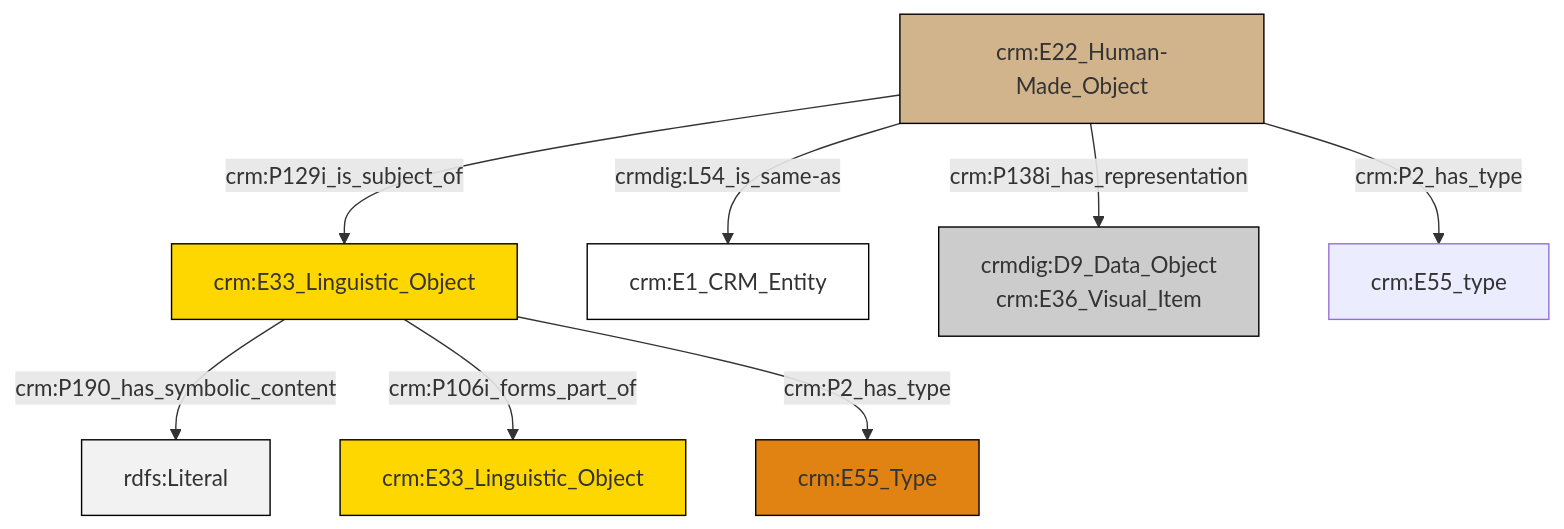
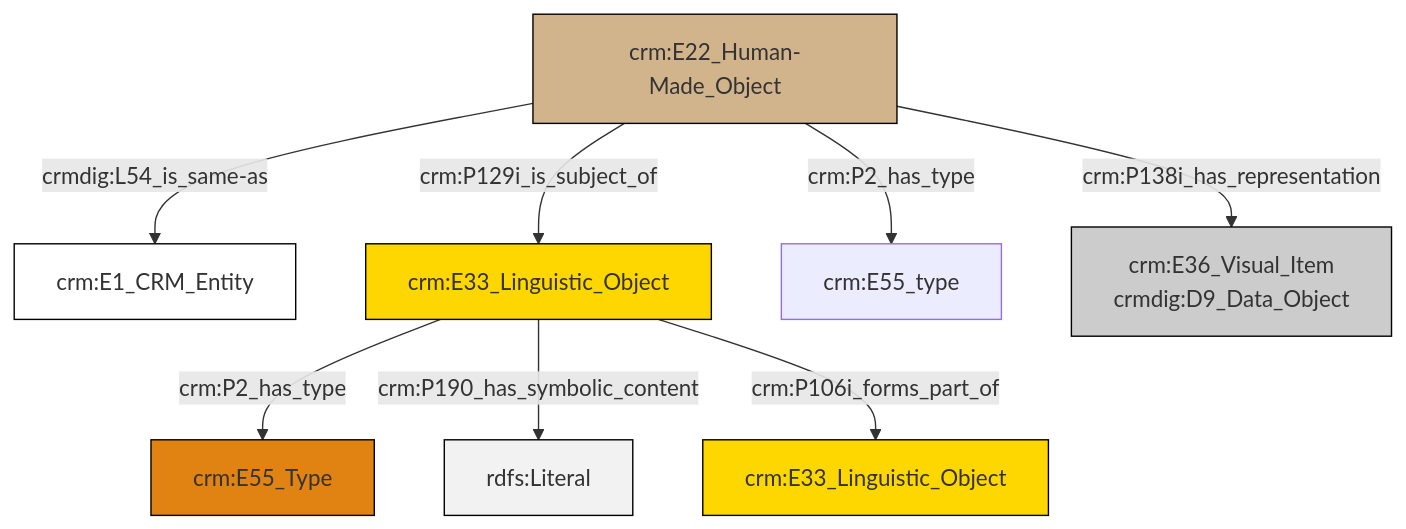
One commit to swiss-art-research-net/docs.swissartresearch changed the diagram in et/artworkCSV/ttl/mmd/Artwork_Documentation.ttl.mmd. Above: the diagram before and after it, drawn with Mermaid. The commit also changed 176 other files, not shown here.

```diff
--- a/et/artworkCSV/ttl/mmd/Artwork_Documentation.ttl.mmd
+++ b/et/artworkCSV/ttl/mmd/Artwork_Documentation.ttl.mmd
@@ -1,22 +1,22 @@
 graph TD
 classDef Literal fill:#f2f2f2,stroke:#000000;
 classDef CRM_Entity fill:#FFFFFF,stroke:#000000;
 classDef Temporal_Entity fill:#00C9E6, stroke:#000000;
 classDef Type fill:#E18312, stroke:#000000;
 classDef Time-Span fill:#2C9C91, stroke:#000000;
 classDef Appellation fill:#FFEB7F, stroke:#000000;
 classDef Place fill:#008836, stroke:#000000;
 classDef Persistent_Item fill:#B266B2, stroke:#000000;
 classDef Conceptual_Object fill:#FFD700, stroke:#000000;
 classDef Physical_Thing fill:#D2B48C, stroke:#000000;
 classDef Actor fill:#f58aad, stroke:#000000;
 classDef PC_Classes fill:#4ce600, stroke:#000000;
 classDef Multi fill:#cccccc,stroke:#000000;
 
-2["crm:E33_Linguistic_Object"]:::Conceptual_Object -->|crm:P190_has_symbolic_content| 3[rdfs:Literal]:::Literal
-4["crm:E22_Human-Made_Object"]:::Physical_Thing -->|crmdig:L54_is_same-as| 5["crm:E1_CRM_Entity"]:::CRM_Entity
-2["crm:E33_Linguistic_Object"]:::Conceptual_Object -->|crm:P106i_forms_part_of| 6["crm:E33_Linguistic_Object"]:::Conceptual_Object
-4["crm:E22_Human-Made_Object"]:::Physical_Thing -->|crm:P129i_is_subject_of| 2["crm:E33_Linguistic_Object"]:::Conceptual_Object
-4["crm:E22_Human-Made_Object"]:::Physical_Thing -->|crm:P138i_has_representation| 7["crmdig:D9_Data_Object<br>crm:E36_Visual_Item"]:::Multi
-2["crm:E33_Linguistic_Object"]:::Conceptual_Object -->|crm:P2_has_type| 0["crm:E55_Type"]:::Type
-4["crm:E22_Human-Made_Object"]:::Physical_Thing -->|crm:P2_has_type| 9["crm:E55_type"]:::Default
+4["crm:E33_Linguistic_Object"]:::Conceptual_Object -->|crm:P2_has_type| 2["crm:E55_Type"]:::Type
+5["crm:E22_Human-Made_Object"]:::Physical_Thing -->|crm:P2_has_type| 6["crm:E55_type"]:::Default
+5["crm:E22_Human-Made_Object"]:::Physical_Thing -->|crm:P129i_is_subject_of| 4["crm:E33_Linguistic_Object"]:::Conceptual_Object
+5["crm:E22_Human-Made_Object"]:::Physical_Thing -->|crmdig:L54_is_same-as| 0["crm:E1_CRM_Entity"]:::CRM_Entity
+5["crm:E22_Human-Made_Object"]:::Physical_Thing -->|crm:P138i_has_representation| 7["crm:E36_Visual_Item<br>crmdig:D9_Data_Object"]:::Multi
+4["crm:E33_Linguistic_Object"]:::Conceptual_Object -->|crm:P190_has_symbolic_content| 13[rdfs:Literal]:::Literal
+4["crm:E33_Linguistic_Object"]:::Conceptual_Object -->|crm:P106i_forms_part_of| 11["crm:E33_Linguistic_Object"]:::Conceptual_Object
```
